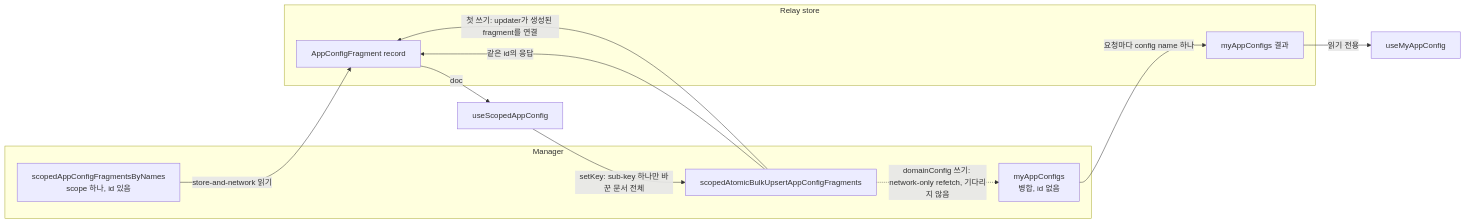
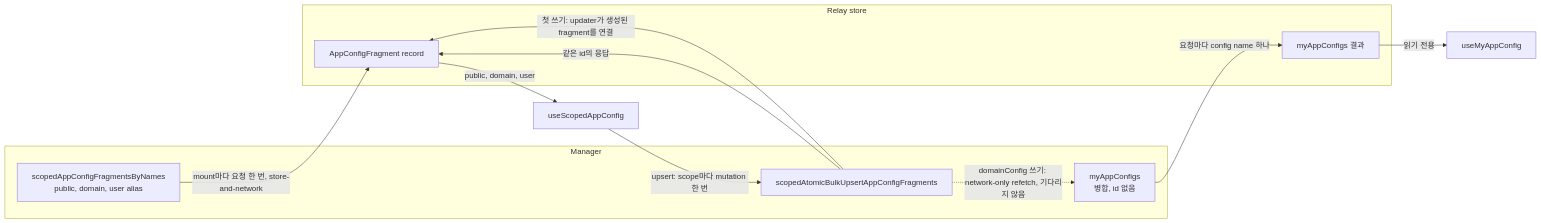
One commit to lablup/backend.ai-webui changed the diagram in docs/adr/0033-scoped-and-merged-app-config-hooks.ko.md. Above: the diagram before and after it, drawn with Mermaid. The commit also changed other lines of this file and 19 other files, not shown here.

First line of the commit message:
refactor(#11146): read every requested scope in one useScopedAppConfig query

````diff
--- a/docs/adr/0033-scoped-and-merged-app-config-hooks.ko.md
+++ b/docs/adr/0033-scoped-and-merged-app-config-hooks.ko.md
@@ -22,20 +22,20 @@
 ```mermaid
 flowchart LR
   subgraph manager["Manager"]
-    raw["scopedAppConfigFragmentsByNames<br/>scope 하나, id 있음"]
+    raw["scopedAppConfigFragmentsByNames<br/>public, domain, user alias"]
     merged["myAppConfigs<br/>병합, id 없음"]
     upsert["scopedAtomicBulkUpsertAppConfigFragments"]
   end
   subgraph store["Relay store"]
     rawRec["AppConfigFragment record"]
     mergedRec["myAppConfigs 결과"]
   end
-  raw -- "store-and-network 읽기" --> rawRec
-  rawRec -- "doc" --> scoped["useScopedAppConfig"]
-  scoped -- "setKey: sub-key 하나만 바꾼 문서 전체" --> upsert
+  raw -- "mount마다 요청 한 번, store-and-network" --> rawRec
+  rawRec -- "public, domain, user" --> scoped["useScopedAppConfig"]
+  scoped -- "upsert: scope마다 mutation 한 번" --> upsert
   upsert -- "같은 id의 응답" --> rawRec
   upsert -- "첫 쓰기: updater가 생성된 fragment를 연결" --> rawRec
   upsert -. "domainConfig 쓰기: network-only refetch, 기다리지 않음" .-> merged
   merged -- "요청마다 config name 하나" --> mergedRec
   mergedRec -- "읽기 전용" --> my["useMyAppConfig"]
 ```
````
